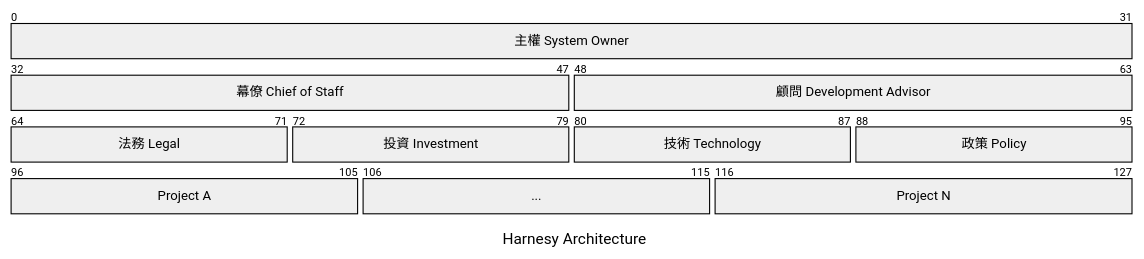
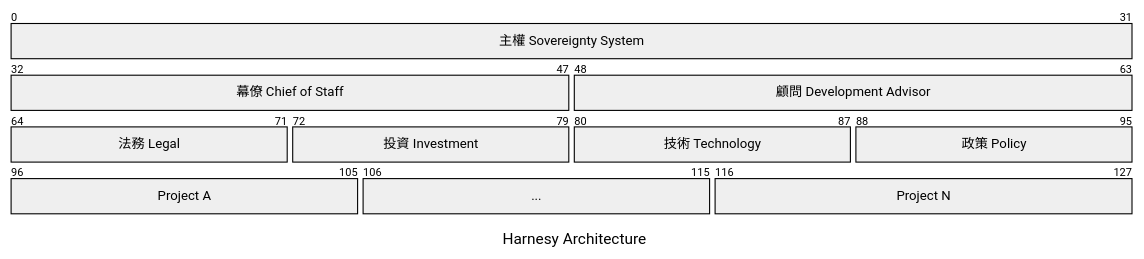
One commit to MarkovChenITRI/.github changed the third of 3 diagrams in profile/README.md. Above: the diagram before and after it, drawn with Mermaid. The commit also changed other lines of this file, not shown here.

````diff
--- a/profile/README.md
+++ b/profile/README.md
@@ -105,16 +105,16 @@
 ```mermaid
 ---
 title: Harnesy Architecture
 ---
 packet
-0-31: "主權 System Owner"
+0-31: "主權 Sovereignty System"
 32-47: "幕僚 Chief of Staff"
 48-63: "顧問 Development Advisor"
 64-71: "法務 Legal"
 72-79: "投資 Investment"
 80-87: "技術 Technology"
 88-95: "政策 Policy"
 96-105: "Project A"
 106-115: "..."
 116-127: "Project N"
 ```
````
